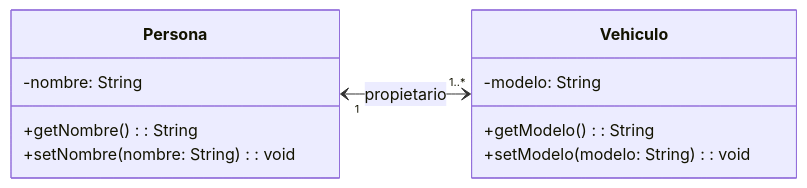
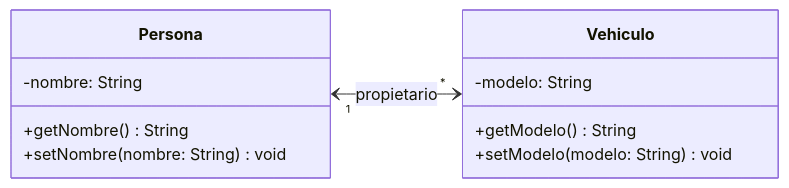
One commit to danielmartinan/entornos_desarrollo_2024-25 changed the seventh of 28 diagrams in UD4 - Introducción a POO, diagramas UML y diagramas de clases/ud04_2_notacion_uml_diagramas_clases.md. Above: the diagram before and after it, drawn with Mermaid. The commit also changed other lines of this file and 2 other files, not shown here.

Commit message:
Movido pasos para crear un diagrama de clases a partir de la definición del problema de ud04_3 a ud04_2

````diff
--- a/UD4 - Introducción a POO, diagramas UML y diagramas de clases/ud04_2_notacion_uml_diagramas_clases.md
+++ b/UD4 - Introducción a POO, diagramas UML y diagramas de clases/ud04_2_notacion_uml_diagramas_clases.md
@@ -212,17 +225,17 @@
 ```mermaid
 classDiagram
     direction LR
     class Persona {
         -nombre: String
-        +getNombre(): String
-        +setNombre(nombre: String): void
+        +getNombre() String
+        +setNombre(nombre: String) void
     }
 
     class Vehiculo {
         -modelo: String
-        +getModelo(): String
-        +setModelo(modelo: String): void
+        +getModelo() String
+        +setModelo(modelo: String) void
     }
 
-    Persona "1" <--> "1..*" Vehiculo: propietario
+    Persona "1" <--> "*" Vehiculo: propietario
 ```
````
